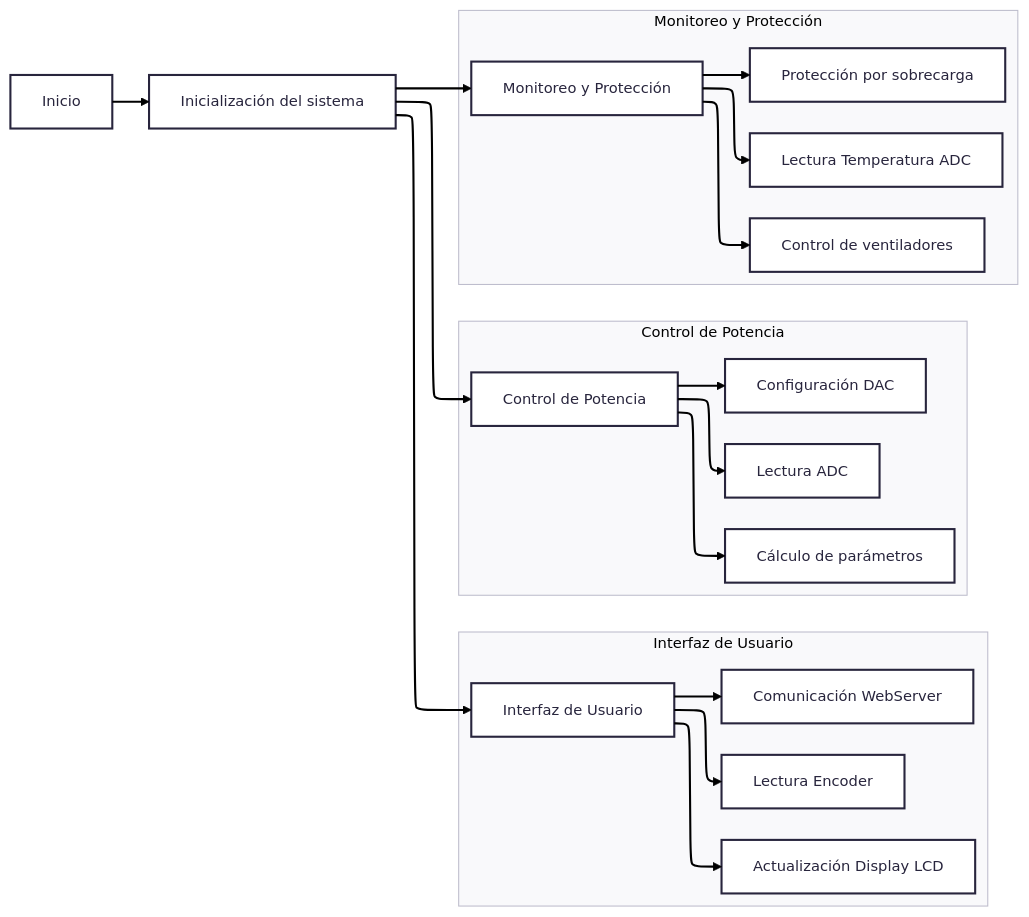
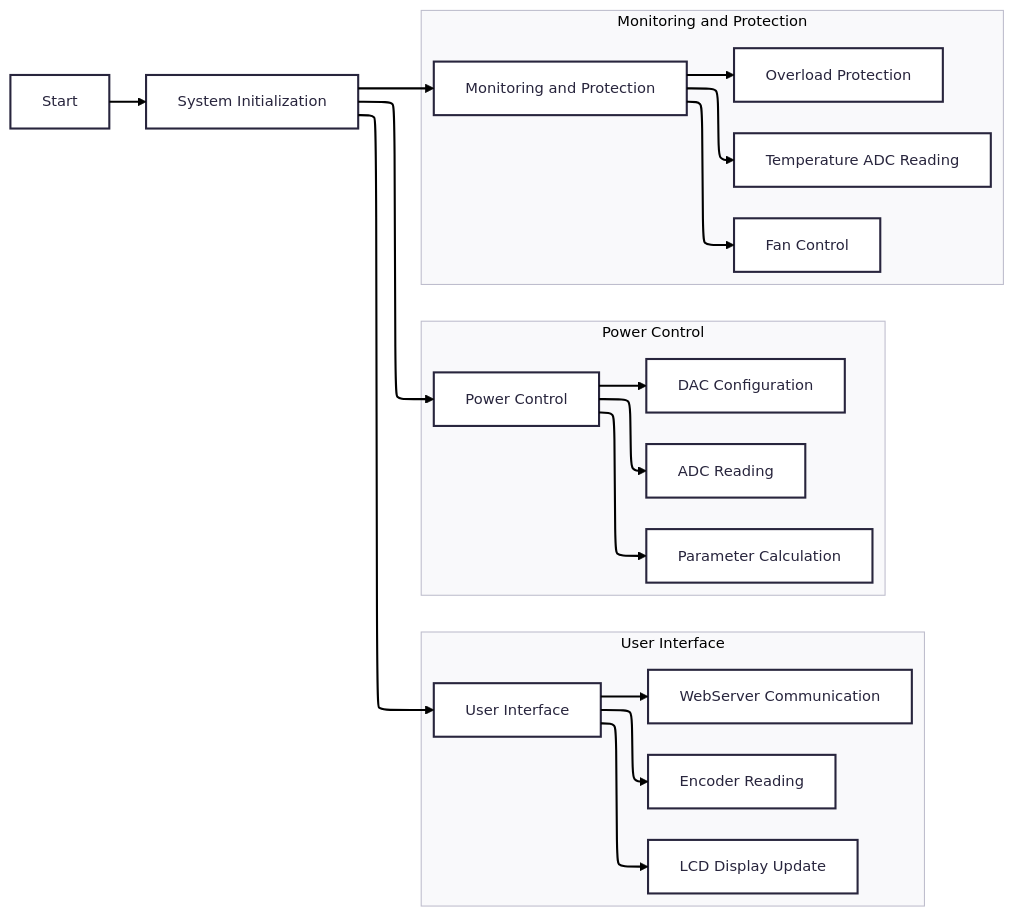
Before and after one commit to lucas-vidmar/electronic-load: the first of 3 diagrams in docs/index.md, drawn with Mermaid. The commit also changed other lines of this file and 1 other file, not shown here.

Commit message:
diagrams in english

```diff
--- a/docs/index.md
+++ b/docs/index.md
@@ -24,34 +24,34 @@
 <div class="mermaid">
 ---
 config:
   theme: redux
   layout: elk
 ---
 flowchart LR
- subgraph subGraph0["Interfaz de Usuario"]
+ subgraph subGraph0["User Interface"]
     direction TB
-        C1["Lectura Encoder"]
-        C["Interfaz de Usuario"]
-        C2["Actualización Display LCD"]
-        C3["Comunicación WebServer"]
+        C1["Encoder Reading"]
+        C["User Interface"]
+        C2["LCD Display Update"]
+        C3["WebServer Communication"]
   end
- subgraph subGraph1["Control de Potencia"]
+ subgraph subGraph1["Power Control"]
     direction TB
-        D1["Lectura ADC"]
-        D["Control de Potencia"]
-        D2["Cálculo de parámetros"]
-        D3["Configuración DAC"]
+        D1["ADC Reading"]
+        D["Power Control"]
+        D2["Parameter Calculation"]
+        D3["DAC Configuration"]
   end
- subgraph subGraph2["Monitoreo y Protección"]
+ subgraph subGraph2["Monitoring and Protection"]
     direction TB
-        E1["Lectura Temperatura ADC"]
-        E["Monitoreo y Protección"]
-        E2["Control de ventiladores"]
-        E3["Protección por sobrecarga"]
+        E1["Temperature ADC Reading"]
+        E["Monitoring and Protection"]
+        E2["Fan Control"]
+        E3["Overload Protection"]
   end
-    A["Inicio"] --> B["Inicialización del sistema"]
+    A["Start"] --> B["System Initialization"]
     B --> C & D & E
     C --> C1 & C2 & C3
     D --> D1 & D2 & D3
     E --> E1 & E2 & E3
 </div>
```
